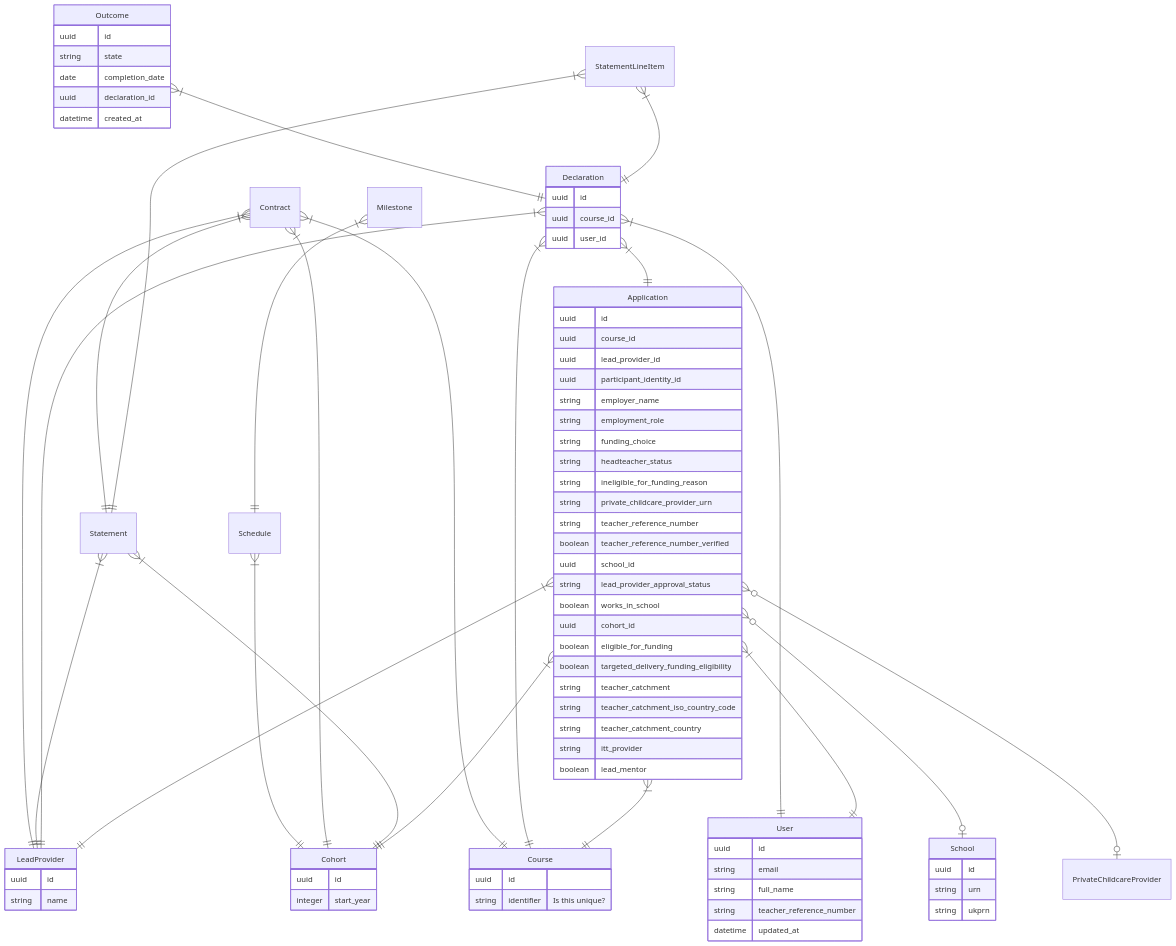
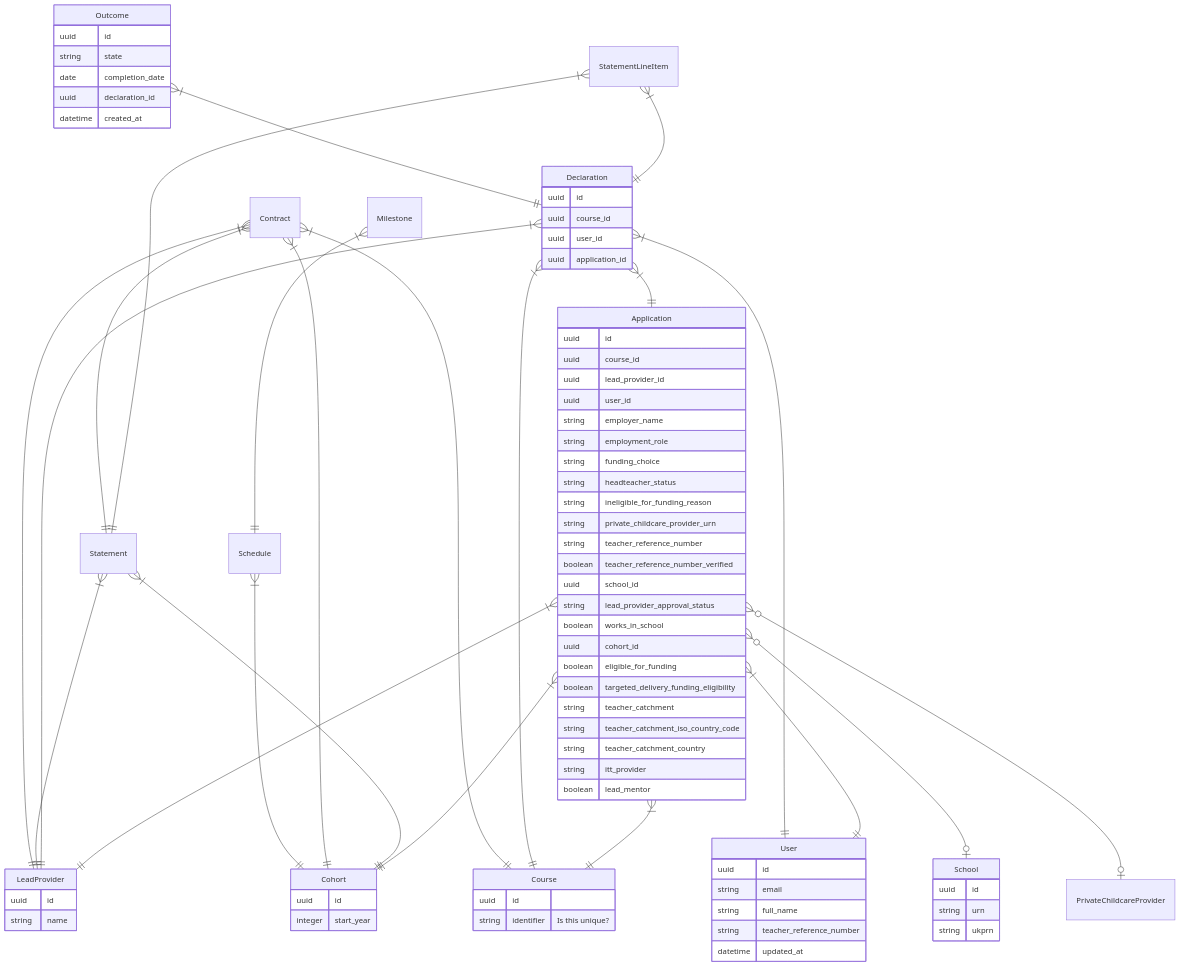
Before and after one commit to DFE-Digital/npq-separation: the diagram in data-modelling.md, drawn with Mermaid. The commit also changed other lines of this file, not shown here.

```diff
--- a/data-modelling.md
+++ b/data-modelling.md
@@ -23,9 +23,6 @@
     Application }o--o| School : ""
     Application }o--o| PrivateChildcareProvider : ""
     Application }|--|| Cohort : ""
-    %%Application }|--|| ParticipantIdentity : belongs_to
-
-    %%ParticipantIdentity }|--|| User : belongs_to
 
     Declaration }|--|| User : ""
     Declaration }|--|| Course : ""
@@ -45,7 +42,7 @@
     Contract }|--|| Statement : ""
 
     Schedule }|--|| Cohort : ""
-    
+
     Milestone }|--|| Schedule : ""
 
     Outcome }|--|| Declaration : ""
@@ -72,7 +69,7 @@
         uuid id
         uuid course_id
         uuid lead_provider_id
-        uuid participant_identity_id
+        uuid user_id
         string employer_name
         string employment_role
         string funding_choice
@@ -111,6 +108,7 @@
         uuid id
         uuid course_id
         uuid user_id
+        uuid application_id
     }
 
     School {
```
